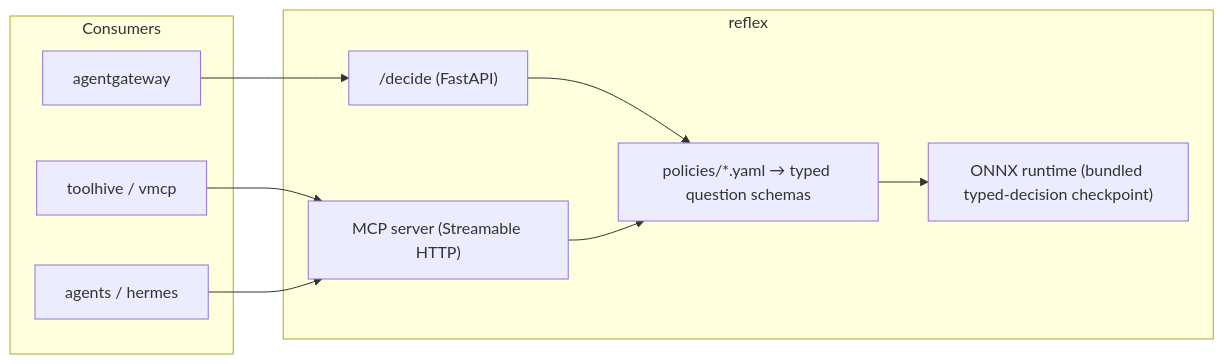
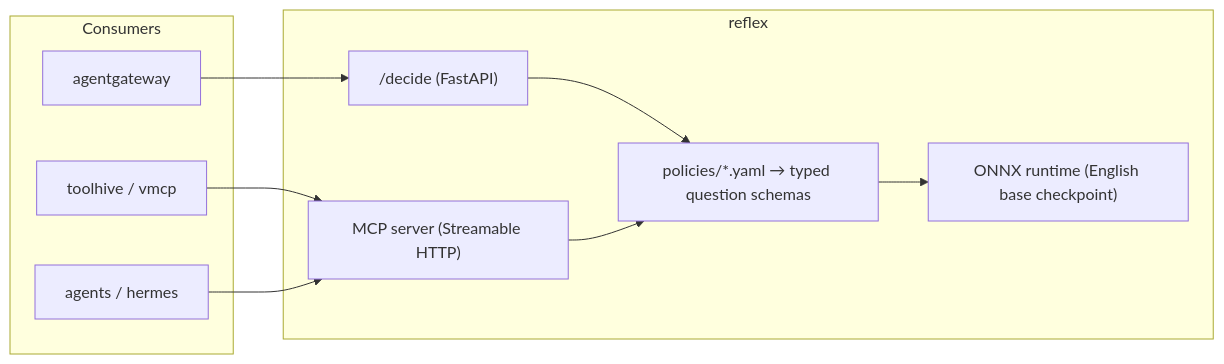
Before and after one commit to soulwhisper/reflex: the diagram in README.md, drawn with Mermaid. The commit also changed other lines of this file and 2 other files, not shown here.

First line of the commit message:
docs(runtime): the bundle is the English BASE checkpoint, not typed-decisions

````diff
--- a/README.md
+++ b/README.md
@@ -14,19 +14,19 @@
 ```mermaid
 flowchart LR
     subgraph Consumers
         GW[agentgateway]
         TH[toolhive / vmcp]
         AG[agents / hermes]
     end
     subgraph reflex
         API["/decide (FastAPI)"]
         MCP["MCP server (Streamable HTTP)"]
         POL["policies/*.yaml → typed question schemas"]
-        RTR["ONNX runtime (bundled typed-decision checkpoint)"]
+        RTR["ONNX runtime (English base checkpoint)"]
     end
     GW --> API
     TH --> MCP
     AG --> MCP
     API --> POL --> RTR
     MCP --> POL
 ```
````
